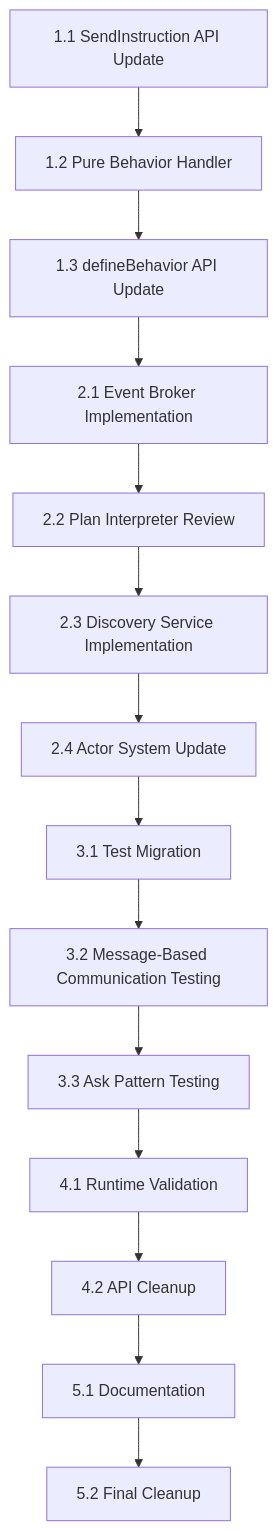
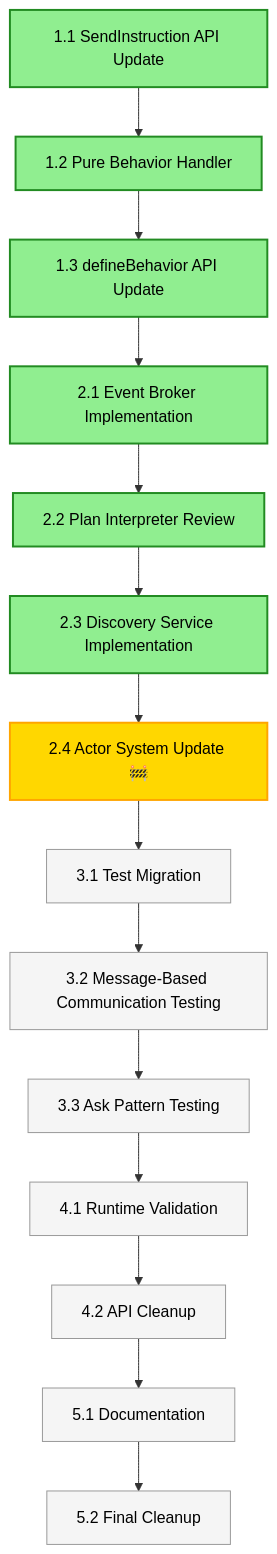
The diagram in project-planning/actor-system-api-migration/task-list.md (0xjcf/actor-web), drawn with Mermaid before and after one commit. The commit also changed other lines of this file and 58 other files, not shown here.

````diff
--- a/project-planning/actor-system-api-migration/task-list.md
+++ b/project-planning/actor-system-api-migration/task-list.md
@@ -264,16 +284,28 @@
 ```mermaid
 graph TB
     T11[1.1 SendInstruction API Update] --> T12[1.2 Pure Behavior Handler]
     T12 --> T13[1.3 defineBehavior API Update]
     T13 --> T21[2.1 Event Broker Implementation]
     T21 --> T22[2.2 Plan Interpreter Review]
     T22 --> T23[2.3 Discovery Service Implementation]
-    T23 --> T24[2.4 Actor System Update]
+    T23 --> T24[2.4 Actor System Update 🚧]
     T24 --> T31[3.1 Test Migration]
     T31 --> T32[3.2 Message-Based Communication Testing]
     T32 --> T33[3.3 Ask Pattern Testing]
     T33 --> T41[4.1 Runtime Validation]
     T41 --> T42[4.2 API Cleanup]
     T42 --> T51[5.1 Documentation]
     T51 --> T52[5.2 Final Cleanup]
+    
+    %% Styling for completed tasks (green)
+    classDef completed fill:#90EE90,stroke:#228B22,stroke-width:2px,color:#000
+    %% Styling for in-progress tasks (yellow)
+    classDef inProgress fill:#FFD700,stroke:#FFA500,stroke-width:2px,color:#000
+    %% Styling for pending tasks (light gray)
+    classDef pending fill:#F5F5F5,stroke:#999,stroke-width:1px,color:#000
+    
+    %% Apply styles to nodes
+    class T11,T12,T13,T21,T22,T23 completed
+    class T24 inProgress
+    class T31,T32,T33,T41,T42,T51,T52 pending
 ```
````
